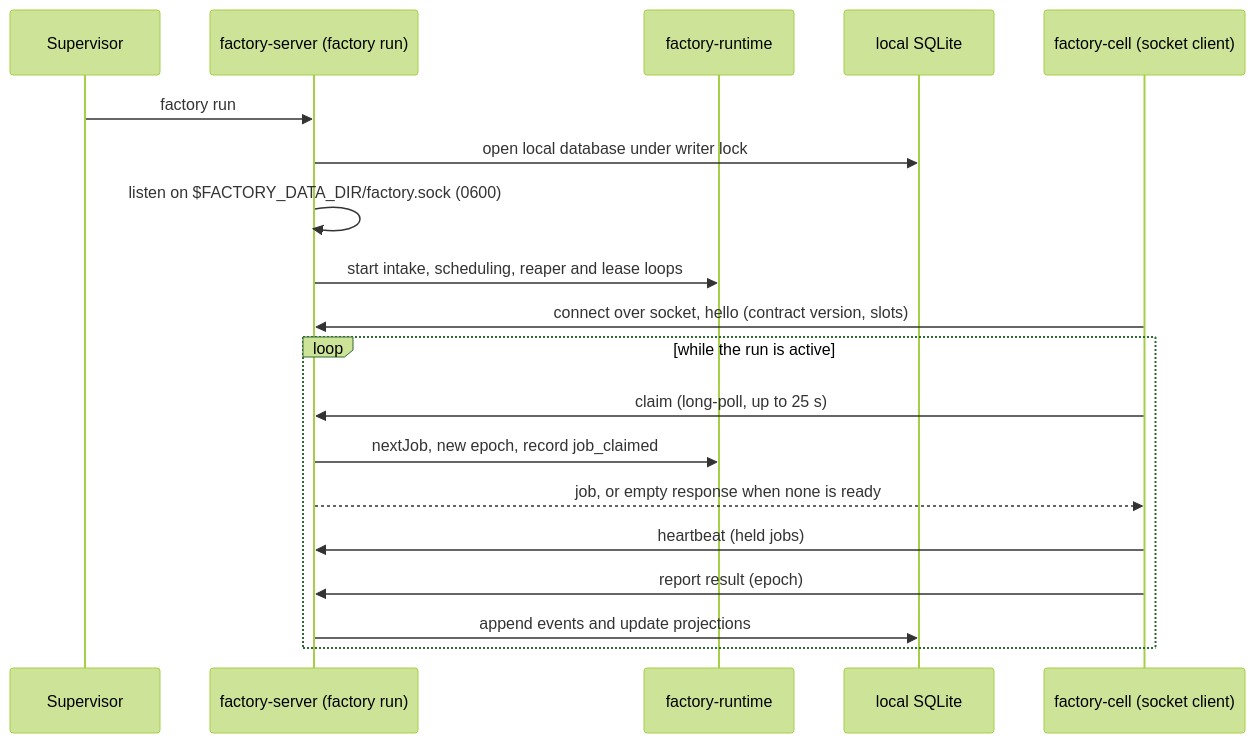
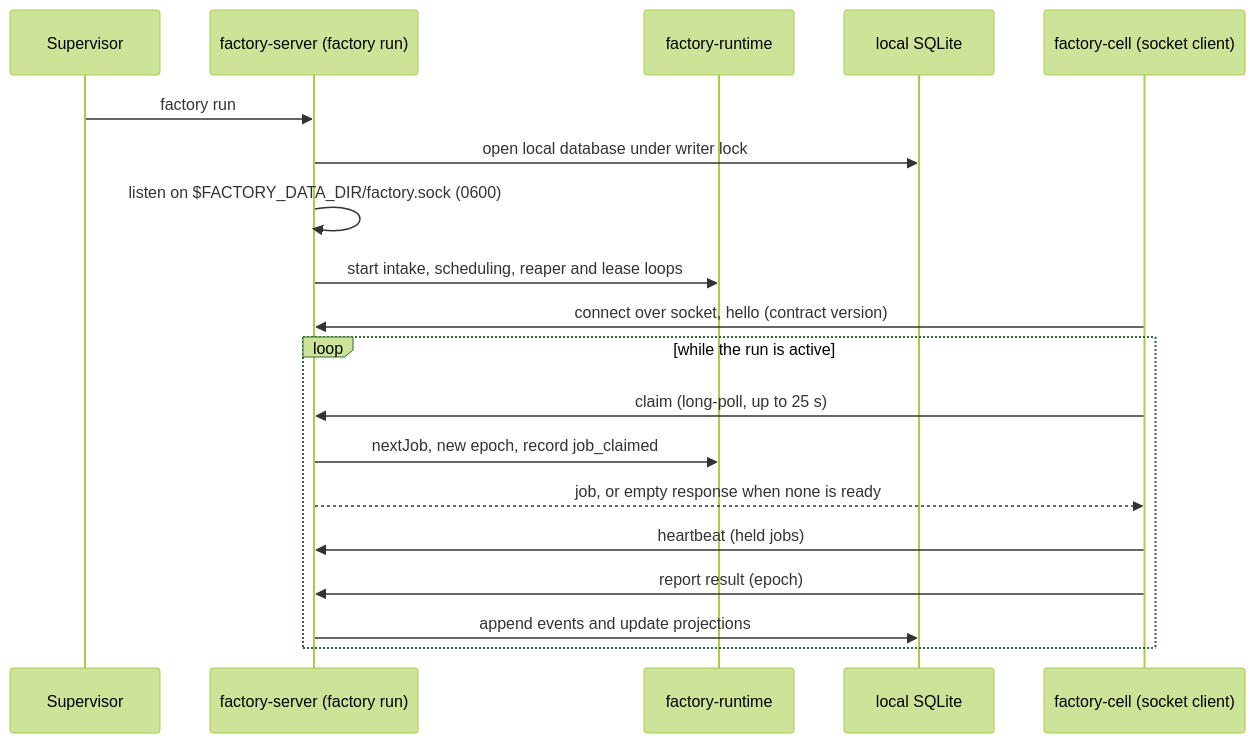
Before and after one commit to xyashino/software-factory: the third of 8 diagrams in docs/PLAN.md, drawn with Mermaid (forest theme). The commit also changed other lines of this file and 58 other files, not shown here.

````diff
--- a/docs/PLAN.md
+++ b/docs/PLAN.md
@@ -145,21 +145,21 @@
 ```mermaid
 sequenceDiagram
   participant U as Supervisor
   participant S as factory-server (factory run)
   participant R as factory-runtime
   participant D as local SQLite
   participant C as factory-cell (socket client)
   U->>S: factory run
   S->>D: open local database under writer lock
   S->>S: listen on $FACTORY_DATA_DIR/factory.sock (0600)
   S->>R: start intake, scheduling, reaper and lease loops
-  C->>S: connect over socket, hello (contract version, slots)
+  C->>S: connect over socket, hello (contract version)
   loop while the run is active
     C->>S: claim (long-poll, up to 25 s)
     S->>R: nextJob, new epoch, record job_claimed
     S-->>C: job, or empty response when none is ready
     C->>S: heartbeat (held jobs)
     C->>S: report result (epoch)
     S->>D: append events and update projections
   end
 ```
````
